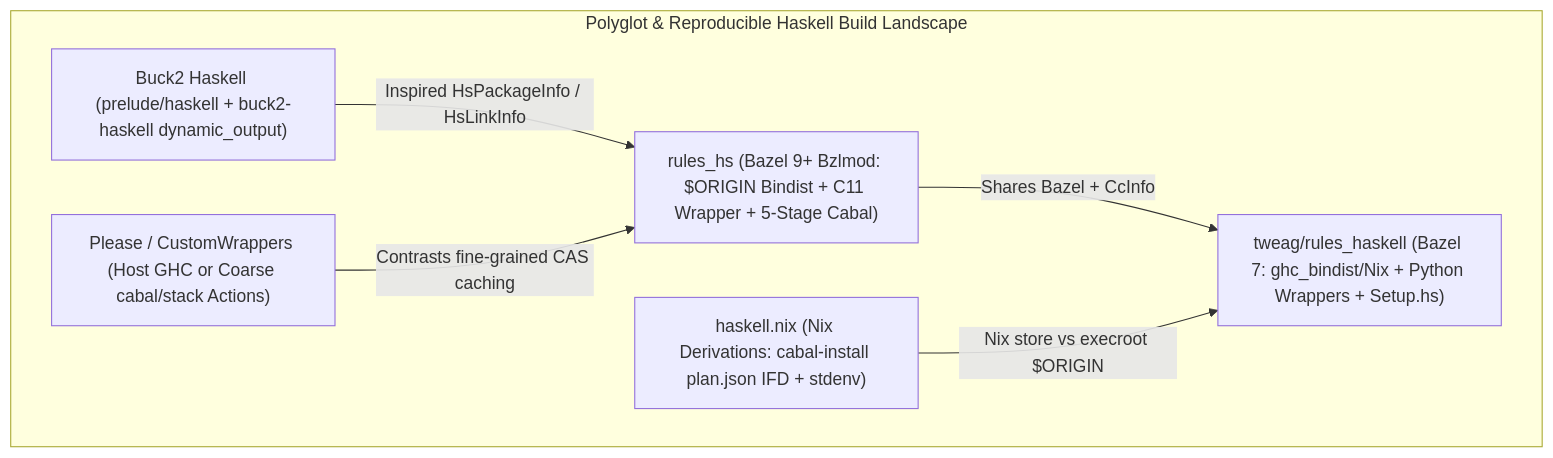
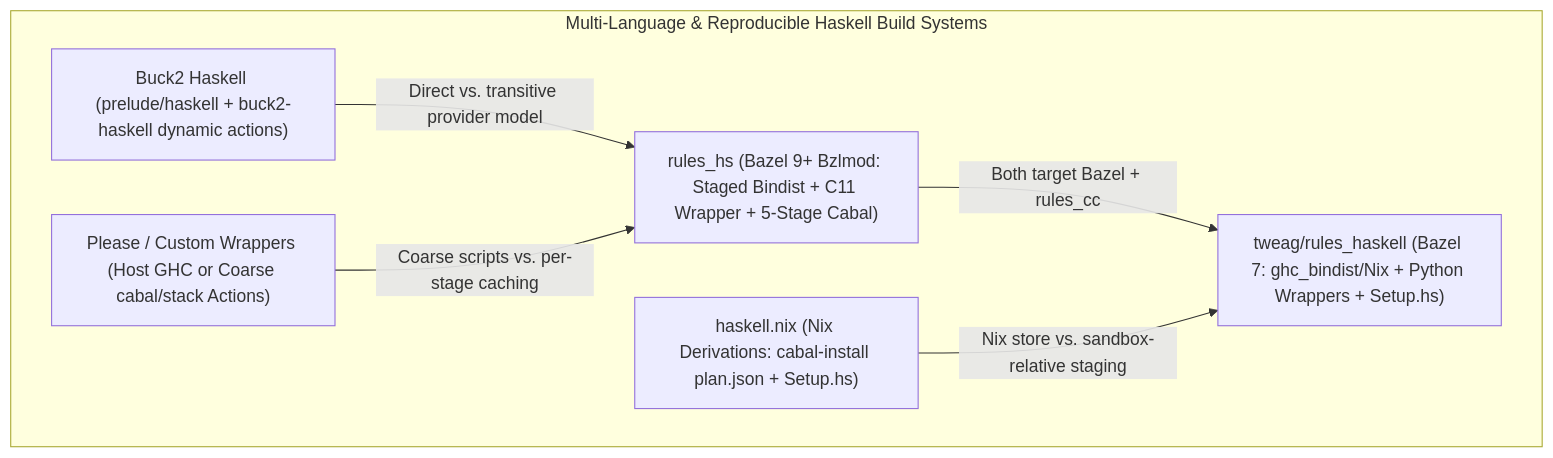
Before and after one commit to kaycebasques/hs: the first of 3 diagrams in docs/content/internals/rulesets-comparison.md, drawn with Mermaid. The commit also changed other lines of this file and 3 other files, not shown here.

````diff
--- a/docs/content/internals/rulesets-comparison.md
+++ b/docs/content/internals/rulesets-comparison.md
@@ -21,15 +19,15 @@
 ```mermaid
 flowchart TD
-    subgraph DesignSpace["Polyglot & Reproducible Haskell Build Landscape"]
-        RHS["rules_hs (Bazel 9+ Bzlmod: $ORIGIN Bindist + C11 Wrapper + 5-Stage Cabal)"]
+    subgraph DesignSpace["Multi-Language & Reproducible Haskell Build Systems"]
+        RHS["rules_hs (Bazel 9+ Bzlmod: Staged Bindist + C11 Wrapper + 5-Stage Cabal)"]
         RHK["tweag/rules_haskell (Bazel 7: ghc_bindist/Nix + Python Wrappers + Setup.hs)"]
-        BUCK["Buck2 Haskell (prelude/haskell + buck2-haskell dynamic_output)"]
-        HNIX["haskell.nix (Nix Derivations: cabal-install plan.json IFD + stdenv)"]
-        PLZ["Please / CustomWrappers (Host GHC or Coarse cabal/stack Actions)"]
+        BUCK["Buck2 Haskell (prelude/haskell + buck2-haskell dynamic actions)"]
+        HNIX["haskell.nix (Nix Derivations: cabal-install plan.json + Setup.hs)"]
+        PLZ["Please / Custom Wrappers (Host GHC or Coarse cabal/stack Actions)"]
     end
 
-    RHS -->|"Shares Bazel + CcInfo"| RHK
-    BUCK -->|"Inspired HsPackageInfo / HsLinkInfo"| RHS
-    HNIX -->|"Nix store vs execroot $ORIGIN"| RHK
-    PLZ -->|"Contrasts fine-grained CAS caching"| RHS
+    RHS -->|"Both target Bazel + rules_cc"| RHK
+    BUCK -->|"Direct vs. transitive provider model"| RHS
+    HNIX -->|"Nix store vs. sandbox-relative staging"| RHK
+    PLZ -->|"Coarse scripts vs. per-stage caching"| RHS
 ```
````
